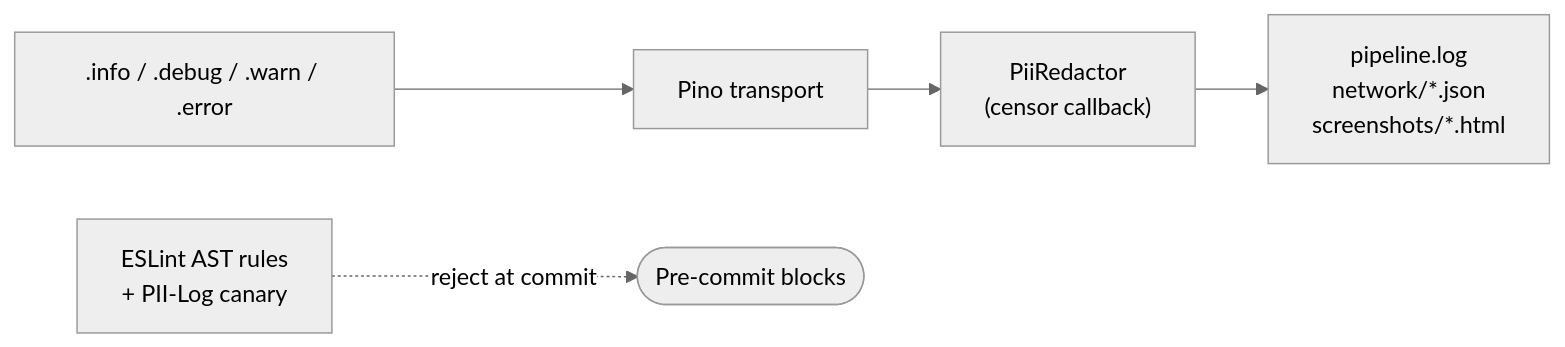
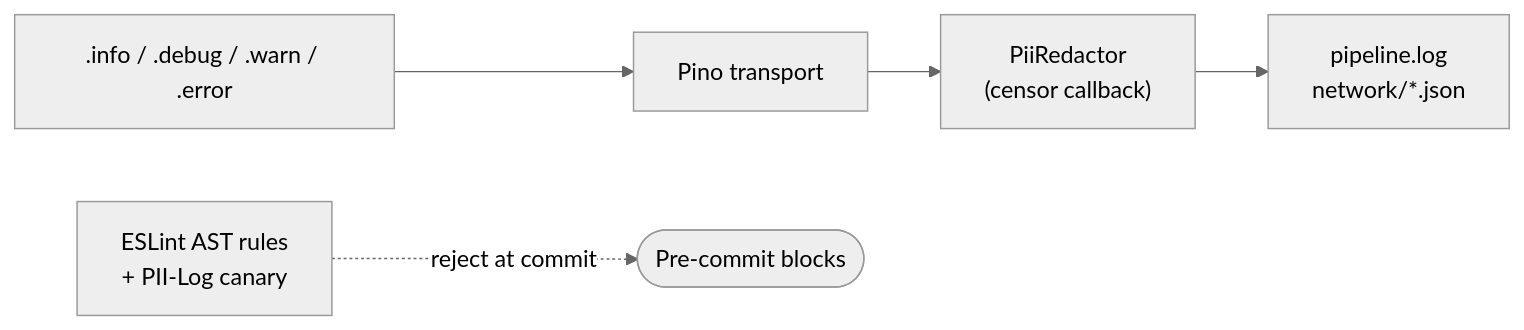
Before and after one commit to sergienko4/israeli-bank-scrapers: the diagram in docs/observability/index.md, drawn with Mermaid (neutral theme). The commit also changed other lines of this file and 159 other files, not shown here.

````diff
--- a/docs/observability/index.md
+++ b/docs/observability/index.md
@@ -17,12 +17,12 @@
 ```mermaid
 flowchart LR
     LOG[".info / .debug / .warn / .error"]
     PINO[Pino transport]
     REDACT["PiiRedactor<br/>(censor callback)"]
-    SINKS["pipeline.log<br/>network/*.json<br/>screenshots/*.html"]
+    SINKS["pipeline.log<br/>network/*.json"]
     AST["ESLint AST rules<br/>+ PII-Log canary"]
     BLOCK([Pre-commit blocks])
 
     LOG --> PINO --> REDACT --> SINKS
     AST -.->|"reject at commit"| BLOCK
 ```
````
